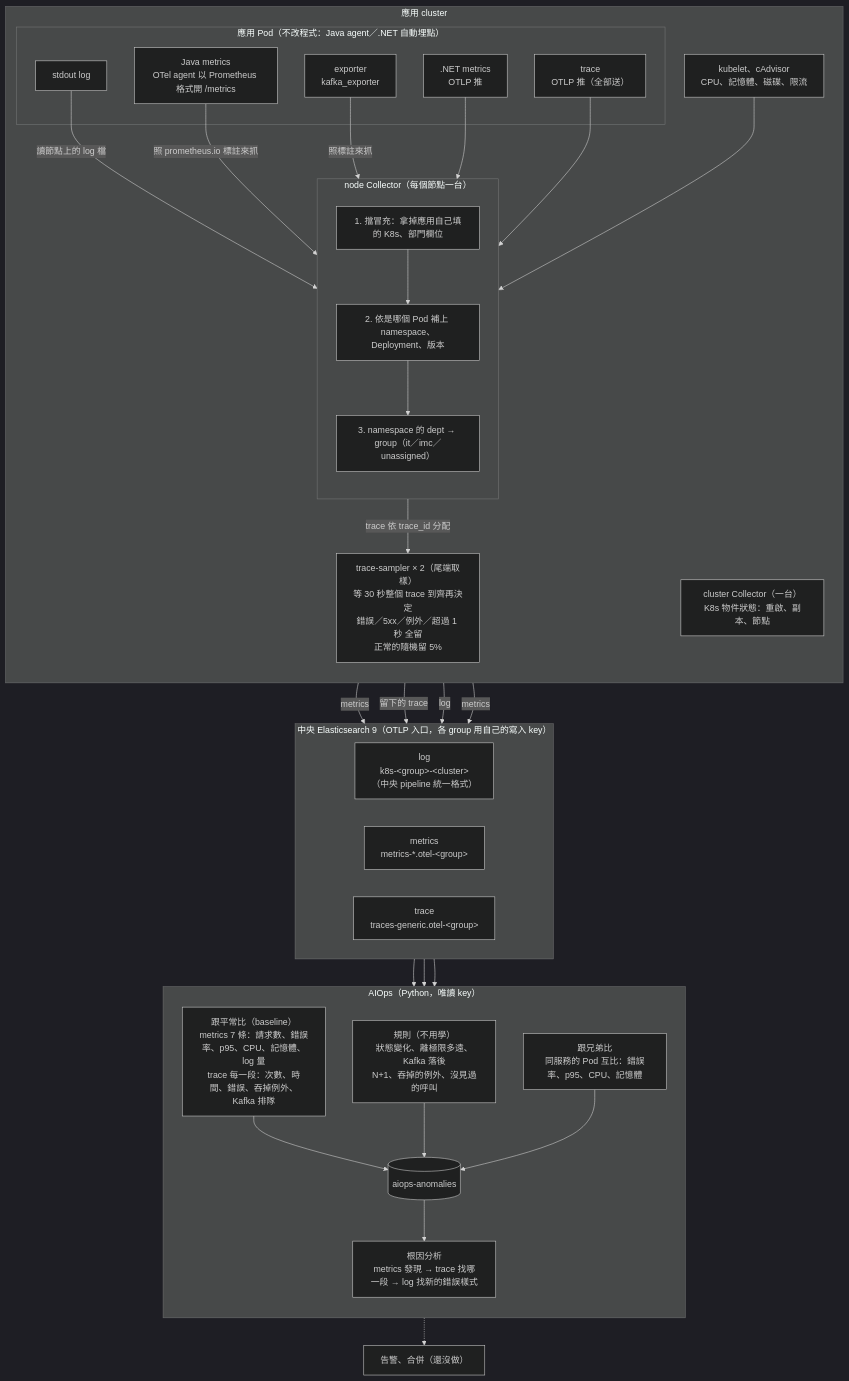
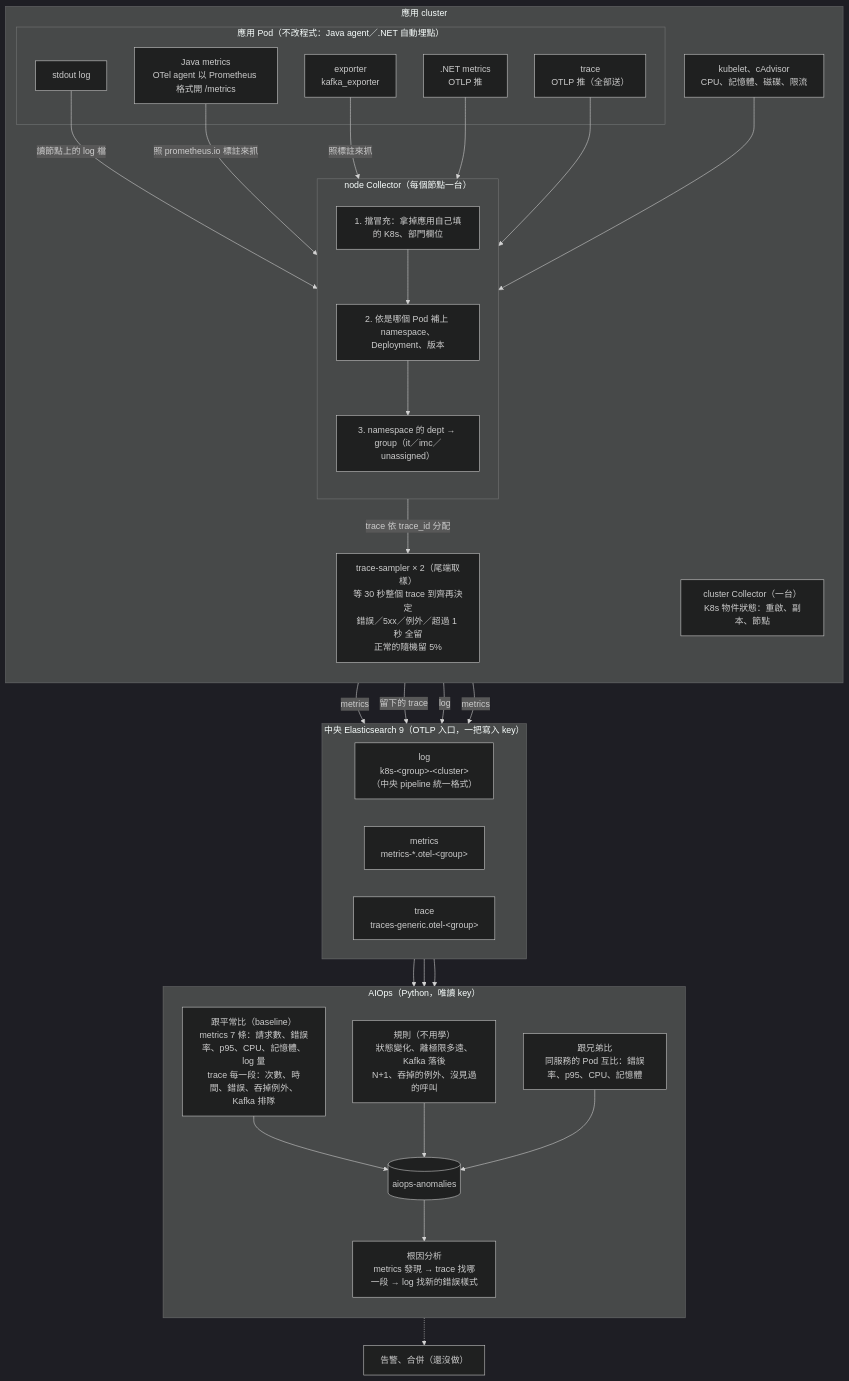
One commit to i-shuan/aiops-data-foundation changed the second of 3 diagrams in docs/architecture.md. Above: the diagram before and after it, drawn with Mermaid (dark theme). The commit also changed other lines of this file and 36 other files, not shown here.

First line of the commit message:
①③④ 寫入簡化：一把寫入 key、一個出口；log 資料流開 failure store、quality.ingest_rejected；rules 加 window 類型與錯誤率、p95 保底規則

````diff
--- a/docs/architecture.md
+++ b/docs/architecture.md
@@ -77,63 +77,63 @@
 ```mermaid
 flowchart TB
   subgraph APP["應用 cluster"]
     direction TB
     subgraph PODS["應用 Pod（不改程式：Java agent／.NET 自動埋點）"]
       LOGS["stdout log"]
       JM["Java metrics<br/>OTel agent 以 Prometheus 格式開 /metrics"]
       NM[".NET metrics<br/>OTLP 推"]
       TR["trace<br/>OTLP 推（全部送）"]
       EXP["exporter<br/>kafka_exporter"]
     end
 
     subgraph NODE["node Collector（每個節點一台）"]
       direction TB
       N1["1. 擋冒充：拿掉應用自己填的 K8s、部門欄位"]
       N2["2. 依是哪個 Pod 補上 namespace、Deployment、版本"]
       N3["3. namespace 的 dept → group（it／imc／unassigned）"]
       N1 --> N2 --> N3
     end
 
     KUBE["kubelet、cAdvisor<br/>CPU、記憶體、磁碟、限流"]
     CC["cluster Collector（一台）<br/>K8s 物件狀態：重啟、副本、節點"]
     TS["trace-sampler × 2（尾端取樣）<br/>等 30 秒整個 trace 到齊再決定<br/>錯誤／5xx／例外／超過 1 秒 全留<br/>正常的隨機留 5%"]
 
     LOGS -- 讀節點上的 log 檔 --> NODE
     JM -- 照 prometheus.io 標註來抓 --> NODE
     EXP -- 照標註來抓 --> NODE
     NM --> NODE
     TR --> NODE
     KUBE --> NODE
     NODE -- trace 依 trace_id 分配 --> TS
   end
 
-  subgraph ES["中央 Elasticsearch 9（OTLP 入口，各 group 用自己的寫入 key）"]
+  subgraph ES["中央 Elasticsearch 9（OTLP 入口，一把寫入 key）"]
     direction LR
     EL["log<br/>k8s-&lt;group&gt;-&lt;cluster&gt;<br/>（中央 pipeline 統一格式）"]
     EM["metrics<br/>metrics-*.otel-&lt;group&gt;"]
     ET["trace<br/>traces-generic.otel-&lt;group&gt;"]
   end
 
   NODE -- log --> EL
   NODE -- metrics --> EM
   CC -- metrics --> EM
   TS -- 留下的 trace --> ET
 
   subgraph AI["AIOps（Python，唯讀 key）"]
     direction TB
     B1["跟平常比（baseline）<br/>metrics 7 條：請求數、錯誤率、p95、CPU、記憶體、log 量<br/>trace 每一段：次數、時間、錯誤、吞掉例外、Kafka 排隊"]
     B2["規則（不用學）<br/>狀態變化、離極限多遠、Kafka 落後<br/>N+1、吞掉的例外、沒見過的呼叫"]
     B3["跟兄弟比<br/>同服務的 Pod 互比：錯誤率、p95、CPU、記憶體"]
     RCA["根因分析<br/>metrics 發現 → trace 找哪一段 → log 找新的錯誤樣式"]
     AN[("aiops-anomalies")]
     B1 --> AN
     B2 --> AN
     B3 --> AN
     AN --> RCA
   end
 
   EL --> AI
   EM --> AI
   ET --> AI
   AN -.-> OUT["告警、合併（還沒做）"]
 ```
````
